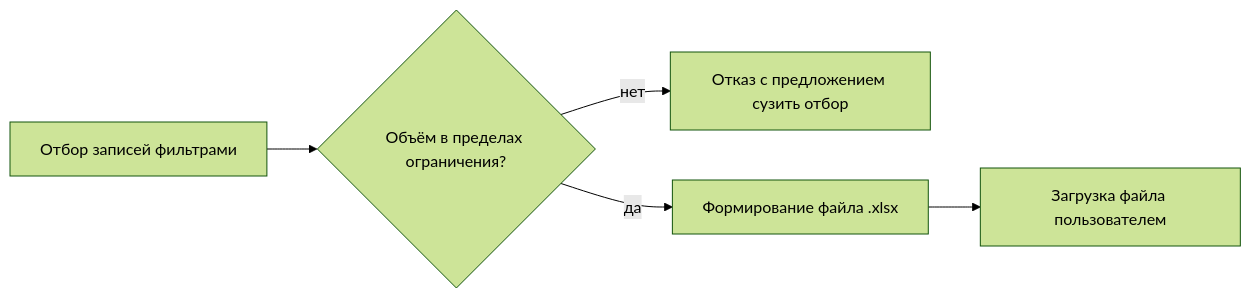
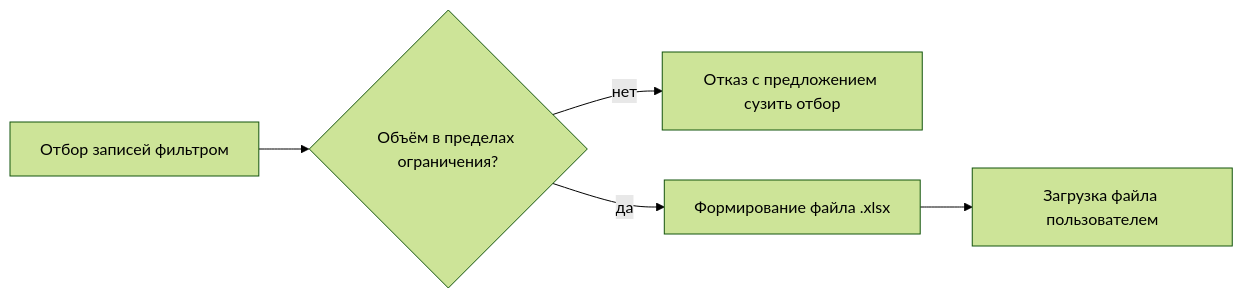
Before and after one commit to MEPhI-C22-501/arch-info-system-monorepo: the third of 3 diagrams in reference-manager/docs/vision.md, drawn with Mermaid (forest theme). The commit also changed other lines of this file and 30 other files, not shown here.

````diff
--- a/reference-manager/docs/vision.md
+++ b/reference-manager/docs/vision.md
@@ -131,7 +113,7 @@
 ```mermaid
 flowchart LR
-    A[Отбор записей фильтрами] --> B{Объём в пределах ограничения?}
+    A[Отбор записей фильтром] --> B{Объём в пределах ограничения?}
     B -->|нет| C[Отказ с предложением сузить отбор]
     B -->|да| D[Формирование файла .xlsx]
     D --> E[Загрузка файла пользователем]
 ```
````
